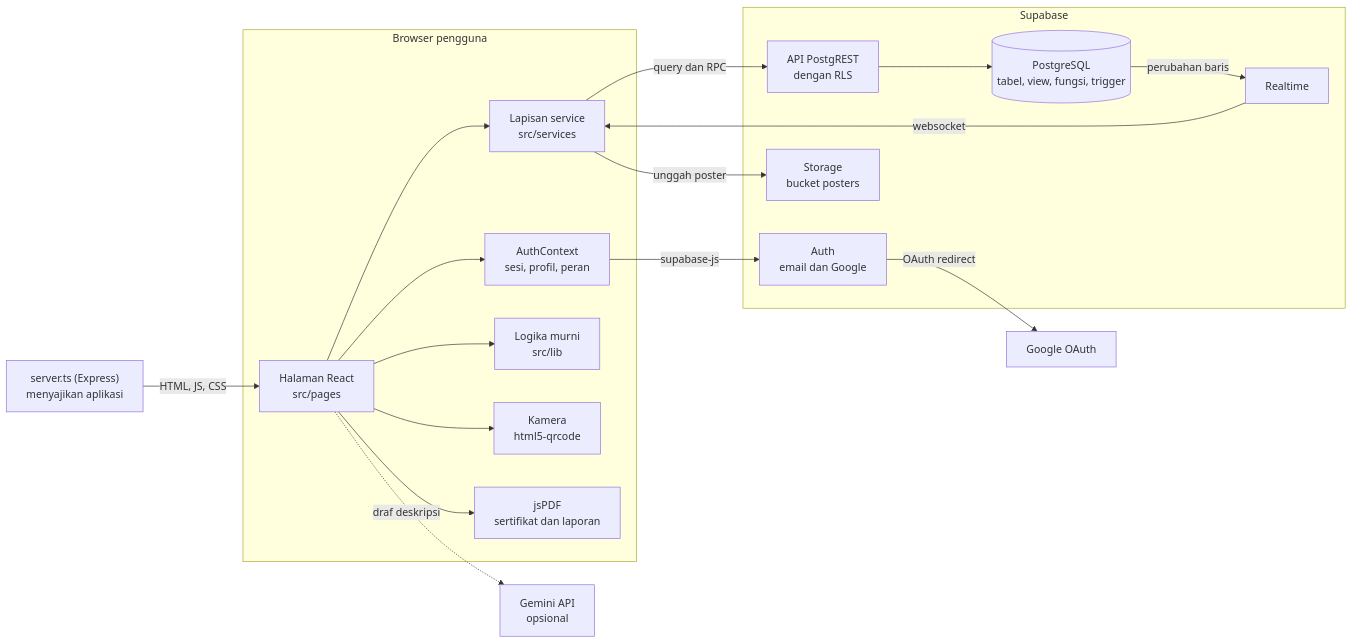
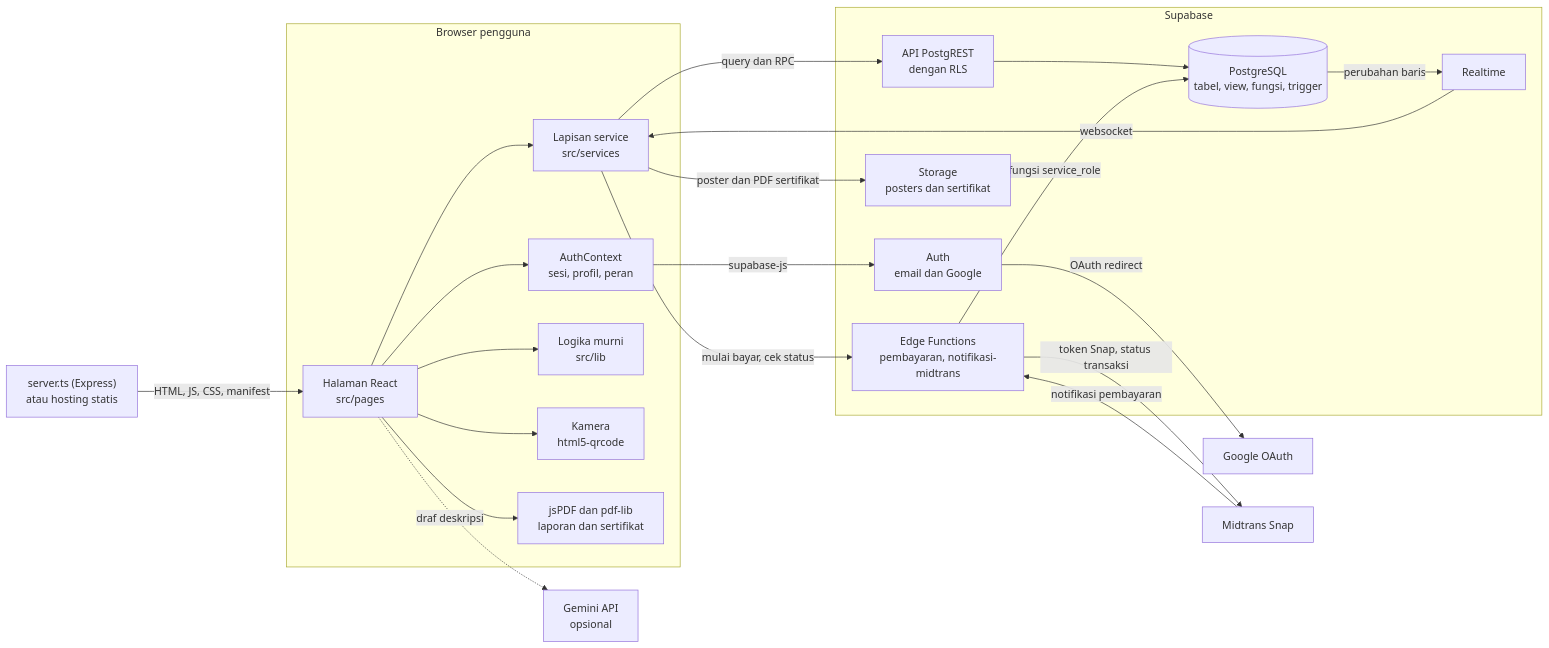
The first of 9 diagrams in docs/arsitektur.md (RifqiPermanaPutra/KampusHub), drawn with Mermaid before and after one commit. The commit also changed other lines of this file and 85 other files, not shown here.

````diff
--- a/docs/arsitektur.md
+++ b/docs/arsitektur.md
@@ -14,38 +18,44 @@
 ```mermaid
 flowchart LR
     subgraph BROWSER["Browser pengguna"]
         UI["Halaman React<br/>src/pages"]
         CTX["AuthContext<br/>sesi, profil, peran"]
         SVC["Lapisan service<br/>src/services"]
         LIB["Logika murni<br/>src/lib"]
         CAM["Kamera<br/>html5-qrcode"]
-        PDF["jsPDF<br/>sertifikat dan laporan"]
+        PDF["jsPDF dan pdf-lib<br/>laporan dan sertifikat"]
     end
 
     subgraph SUPABASE["Supabase"]
         AUTH["Auth<br/>email dan Google"]
         REST["API PostgREST<br/>dengan RLS"]
         DB[("PostgreSQL<br/>tabel, view, fungsi, trigger")]
         RT["Realtime"]
-        STO["Storage<br/>bucket posters"]
+        STO["Storage<br/>posters dan sertifikat"]
+        EF["Edge Functions<br/>pembayaran, notifikasi-midtrans"]
     end
 
-    HOST["server.ts (Express)<br/>menyajikan aplikasi"]
+    HOST["server.ts (Express)<br/>atau hosting statis"]
     GOOGLE["Google OAuth"]
+    MIDTRANS["Midtrans Snap"]
     GEMINI["Gemini API<br/>opsional"]
 
-    HOST -->|"HTML, JS, CSS"| UI
+    HOST -->|"HTML, JS, CSS, manifest"| UI
     UI --> CTX
     UI --> SVC
     UI --> LIB
     UI --> CAM
     UI --> PDF
     CTX -->|"supabase-js"| AUTH
     SVC -->|"query dan RPC"| REST
     REST --> DB
     DB -->|"perubahan baris"| RT
     RT -->|"websocket"| SVC
-    SVC -->|"unggah poster"| STO
+    SVC -->|"poster dan PDF sertifikat"| STO
+    SVC -->|"mulai bayar, cek status"| EF
+    EF -->|"token Snap, status transaksi"| MIDTRANS
+    MIDTRANS -->|"notifikasi pembayaran"| EF
+    EF -->|"fungsi service_role"| DB
     AUTH -->|"OAuth redirect"| GOOGLE
     UI -.->|"draf deskripsi"| GEMINI
 ```
````
